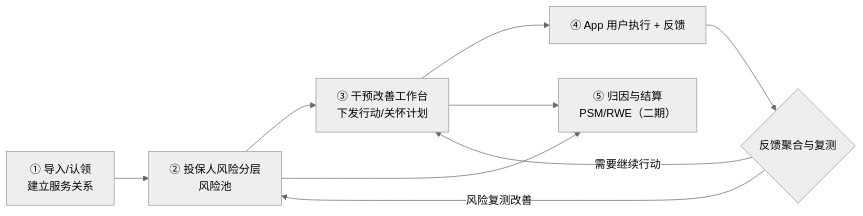
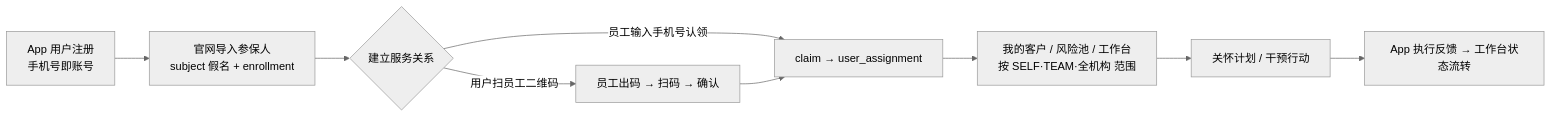
Before and after one commit to wjmlong/rehealth_tongbu: the first of 7 diagrams in docs/保险侧服务关系与扫码关联.md, drawn with Mermaid (neutral theme). The commit also changed other lines of this file and 4 other files, not shown here.

````diff
--- a/docs/保险侧服务关系与扫码关联.md
+++ b/docs/保险侧服务关系与扫码关联.md
@@ -378,10 +9,11 @@
 ```mermaid
 flowchart LR
-    A["① 导入/认领<br>建立服务关系"] --> B["② 投保人风险分层<br>风险池"]
-    B --> C["③ 干预改善工作台<br>下发行动/关怀计划"]
-    C --> D["④ App 用户执行 + 反馈"]
-    D --> E{"反馈聚合与复测"}
-    E -->|"风险复测改善"| B
-    E -->|"需要继续行动"| C
-    B & C --> F["⑤ 归因与结算<br>PSM/RWE（二期）"]
+    A["App 用户注册<br>手机号即账号"] --> B["官网导入参保人<br>subject 假名 + enrollment"]
+    B --> C{"建立服务关系"}
+    C -->|"员工输入手机号认领"| D["claim → user_assignment"]
+    C -->|"用户扫员工二维码"| E["员工出码 → 扫码 → 确认"]
+    E --> D
+    D --> F["我的客户 / 风险池 / 工作台<br>按 SELF·TEAM·全机构 范围"]
+    F --> G["关怀计划 / 干预行动"]
+    G --> H["App 执行反馈 → 工作台状态流转"]
 ```
````
